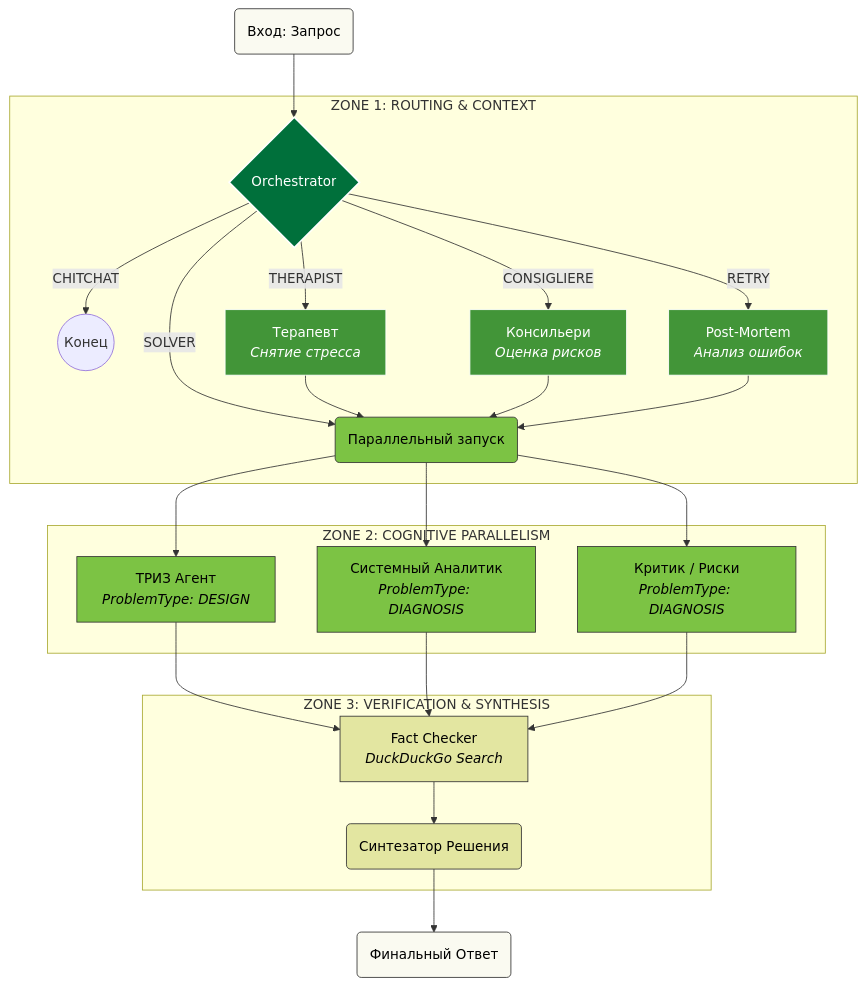
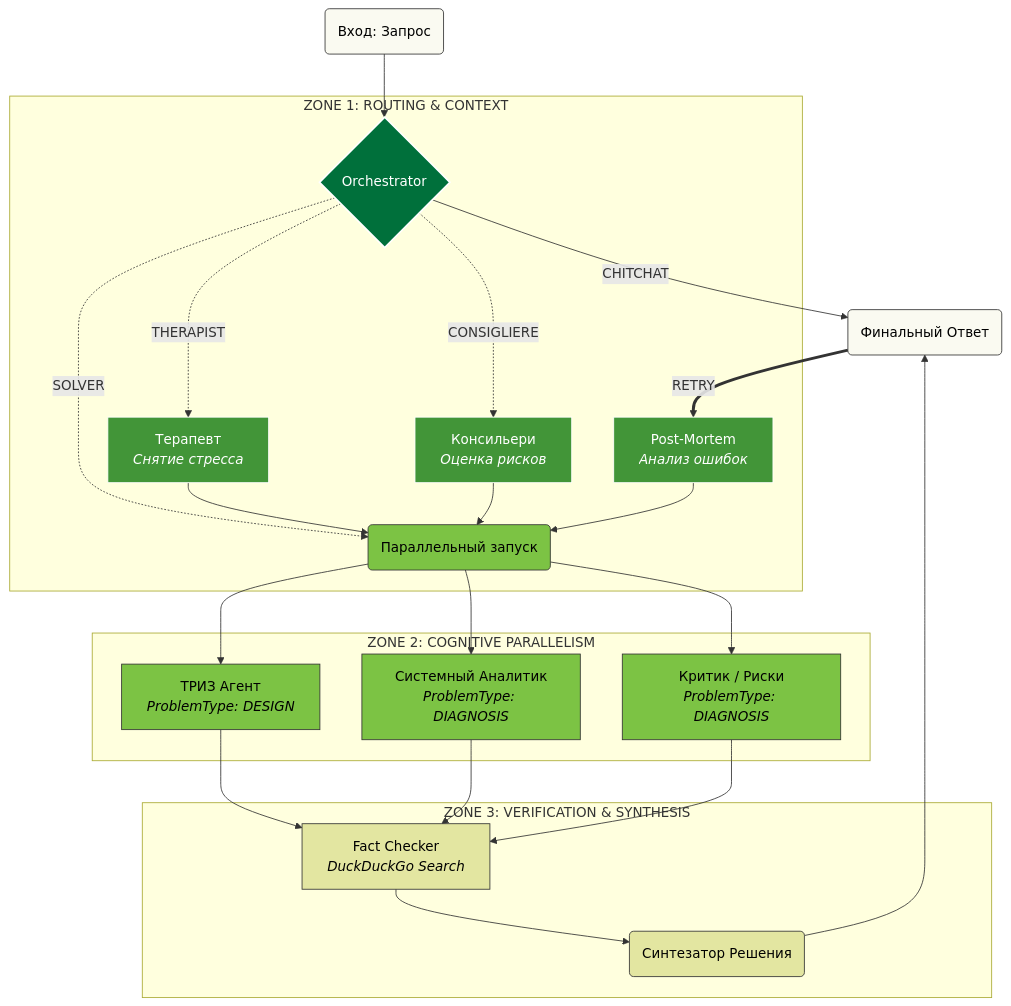
The diagram in README.md (Sin7009/Epistemic_Engine), drawn with Mermaid before and after one commit.

`````diff
--- a/README.md
+++ b/README.md
@@ -17,42 +17,52 @@
 ```mermaid
-graph TD
-    %% Палитра Sberbank (User Style)
-    classDef input fill:#FAFAF1,stroke:#333,stroke-width:1px,color:#000;
-    classDef orchestrator fill:#00703B,stroke:#fff,stroke-width:2px,color:#fff; 
-    classDef support fill:#429538,stroke:#fff,stroke-width:1px,color:#fff;
-    classDef solvers fill:#7CC344,stroke:#333,stroke-width:1px,color:#000;
-    classDef synthesis fill:#E3E6A1,stroke:#333,stroke-width:1px,color:#000;
+flowchart TB
+ subgraph subGraph0["ZONE 1: ROUTING & CONTEXT"]
+        Orch{"Orchestrator"}
+        Solvers("Параллельный запуск")
+        Therapist["Терапевт<br><i>Снятие стресса</i>"]
+        Consig["Консильери<br><i>Оценка рисков</i>"]
+        PostMortem["Post-Mortem<br><i>Анализ ошибок</i>"]
+  end
+ subgraph subGraph1["ZONE 2: COGNITIVE PARALLELISM"]
+        Triz["ТРИЗ Агент<br><i>ProblemType: DESIGN</i>"]
+        Sys["Системный Аналитик<br><i>ProblemType: DIAGNOSIS</i>"]
+        Crit["Критик / Риски<br><i>ProblemType: DIAGNOSIS</i>"]
+  end
+ subgraph subGraph2["ZONE 3: VERIFICATION & SYNTHESIS"]
+        FactCheck["Fact Checker<br><i>DuckDuckGo Search</i>"]
+        Synthesizer("Синтезатор Решения")
+  end
+    User("Вход: Запрос") --> Orch
+    Orch -- CHITCHAT --> Output("Финальный Ответ")
+    Orch -. SOLVER .-> Solvers
+    Orch -. THERAPIST .-> Therapist
+    Orch -. CONSIGLIERE .-> Consig
+    Output == RETRY ==> PostMortem
+    Therapist --> Solvers
+    Consig --> Solvers
+    PostMortem --> Solvers
+    Solvers --> Triz & Sys & Crit
+    Triz --> FactCheck
+    Sys --> FactCheck
+    Crit --> FactCheck
+    FactCheck --> Synthesizer
+    Synthesizer --> Output
 
-    User(Вход: Запрос) --> Orch{Orchestrator}
-
-    subgraph "ZONE 1: ROUTING & CONTEXT"
-        Orch -- "CHITCHAT" --> End((Конец))
-        Orch -- "SOLVER" --> Solvers
-        Orch -- "THERAPIST" --> Therapist[Терапевт<br><i>Снятие стресса</i>]
-        Orch -- "CONSIGLIERE" --> Consig[Консильери<br><i>Оценка рисков</i>]
-        Orch -- "RETRY" --> PostMortem[Post-Mortem<br><i>Анализ ошибок</i>]
-        
-        Therapist --> Solvers
-        Consig --> Solvers
-        PostMortem --> Solvers
-    end
-
-    subgraph "ZONE 2: COGNITIVE PARALLELISM"
-        Solvers(Параллельный запуск) --> Triz[ТРИЗ Агент<br><i>ProblemType: DESIGN</i>]
-        Solvers --> Sys[Системный Аналитик<br><i>ProblemType: DIAGNOSIS</i>]
-        Solvers --> Crit[Критик / Риски<br><i>ProblemType: DIAGNOSIS</i>]
-    end
-
-    subgraph "ZONE 3: VERIFICATION & SYNTHESIS"
-        Triz & Sys & Crit --> FactCheck[Fact Checker<br><i>DuckDuckGo Search</i>]
-        FactCheck --> Synthesizer(Синтезатор Решения)
-    end
-
-    Synthesizer --> Output(Финальный Ответ)
-
-    class User,Output input;
-    class Orch orchestrator;
-    class Therapist,Consig,PostMortem support;
-    class Triz,Sys,Crit,Solvers solvers;
-    class FactCheck,Synthesizer synthesis;
+     Orch:::orchestrator
+     Solvers:::solvers
+     Therapist:::support
+     Consig:::support
+     PostMortem:::support
+     Triz:::solvers
+     Sys:::solvers
+     Crit:::solvers
+     FactCheck:::synthesis
+     Synthesizer:::synthesis
+     User:::input
+     Output:::input
+    classDef input fill:#FAFAF1,stroke:#333,stroke-width:1px,color:#000
+    classDef orchestrator fill:#00703B,stroke:#fff,stroke-width:2px,color:#fff 
+    classDef support fill:#429538,stroke:#fff,stroke-width:1px,color:#fff
+    classDef solvers fill:#7CC344,stroke:#333,stroke-width:1px,color:#000
+    classDef synthesis fill:#E3E6A1,stroke:#333,stroke-width:1px,color:#000
 ````
`````
